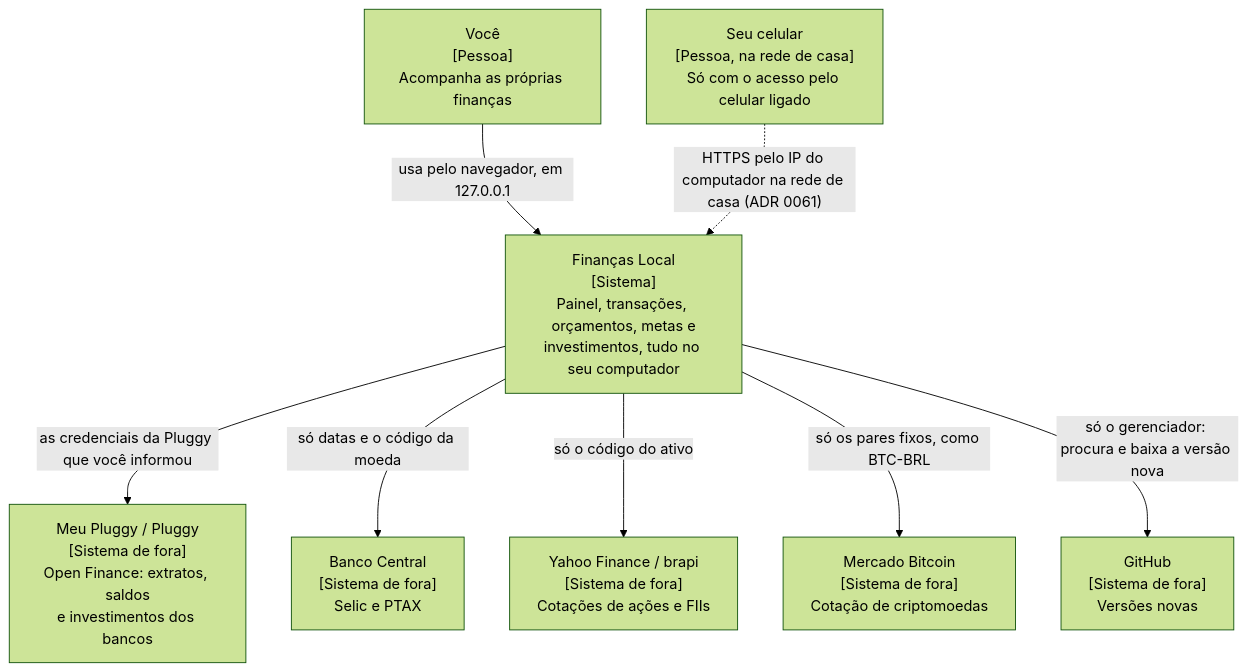
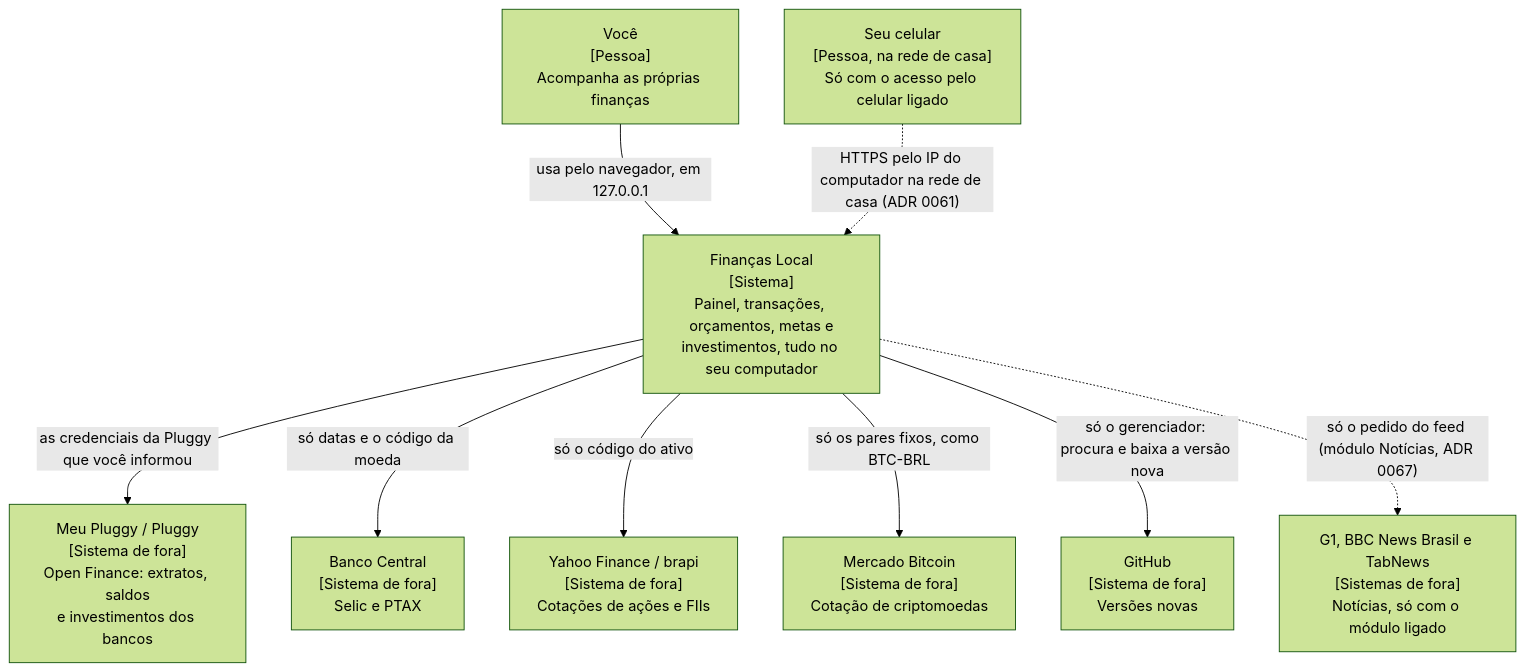
One commit to LucasDesenvGit/financas-local changed the first of 6 diagrams in docs/ARQUITETURA.md. Above: the diagram before and after it, drawn with Mermaid (forest theme). The commit also changed other lines of this file and 40 other files, not shown here.

First line of the commit message:
feat(banco)!: módulo Notícias com G1, BBC News Brasil e TabNews (#10)

````diff
--- a/docs/ARQUITETURA.md
+++ b/docs/ARQUITETURA.md
@@ -11,19 +11,21 @@
 ```mermaid
 flowchart TB
     pessoa["Você<br/>[Pessoa]<br/>Acompanha as próprias finanças"]
     sistema["Finanças Local<br/>[Sistema]<br/>Painel, transações, orçamentos, metas e<br/>investimentos, tudo no seu computador"]
     pluggy["Meu Pluggy / Pluggy<br/>[Sistema de fora]<br/>Open Finance: extratos, saldos<br/>e investimentos dos bancos"]
     bcb["Banco Central<br/>[Sistema de fora]<br/>Selic e PTAX"]
     cotacoes["Yahoo Finance / brapi<br/>[Sistema de fora]<br/>Cotações de ações e FIIs"]
     mercado["Mercado Bitcoin<br/>[Sistema de fora]<br/>Cotação de criptomoedas"]
     github["GitHub<br/>[Sistema de fora]<br/>Versões novas"]
+    noticias["G1, BBC News Brasil e TabNews<br/>[Sistemas de fora]<br/>Notícias, só com o módulo ligado"]
     celular["Seu celular<br/>[Pessoa, na rede de casa]<br/>Só com o acesso pelo celular ligado"]
 
     pessoa -- "usa pelo navegador, em 127.0.0.1" --> sistema
     celular -.->|"HTTPS pelo IP do computador na rede de casa (ADR 0061)"| sistema
     sistema -- "as credenciais da Pluggy que você informou" --> pluggy
     sistema -- "só datas e o código da moeda" --> bcb
     sistema -- "só o código do ativo" --> cotacoes
     sistema -- "só os pares fixos, como BTC-BRL" --> mercado
     sistema -- "só o gerenciador: procura e baixa a versão nova" --> github
+    sistema -.->|"só o pedido do feed (módulo Notícias, ADR 0067)"| noticias
 ```
````
